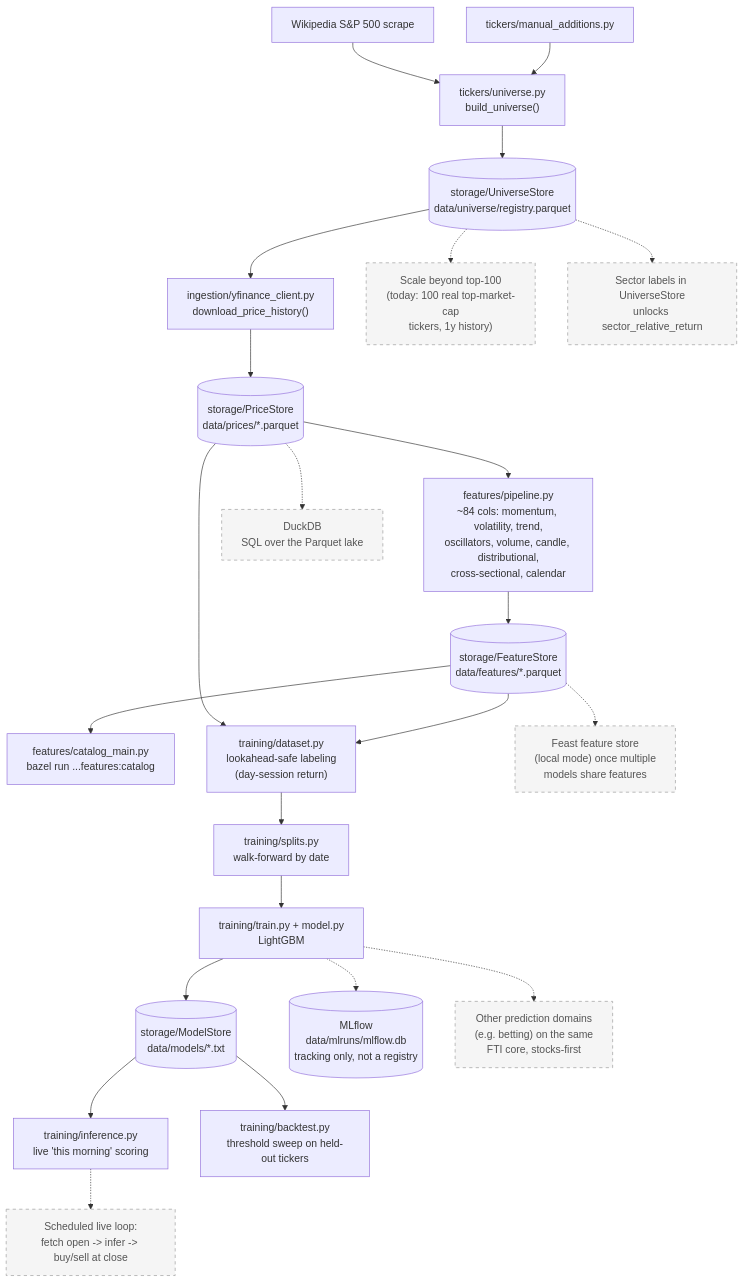
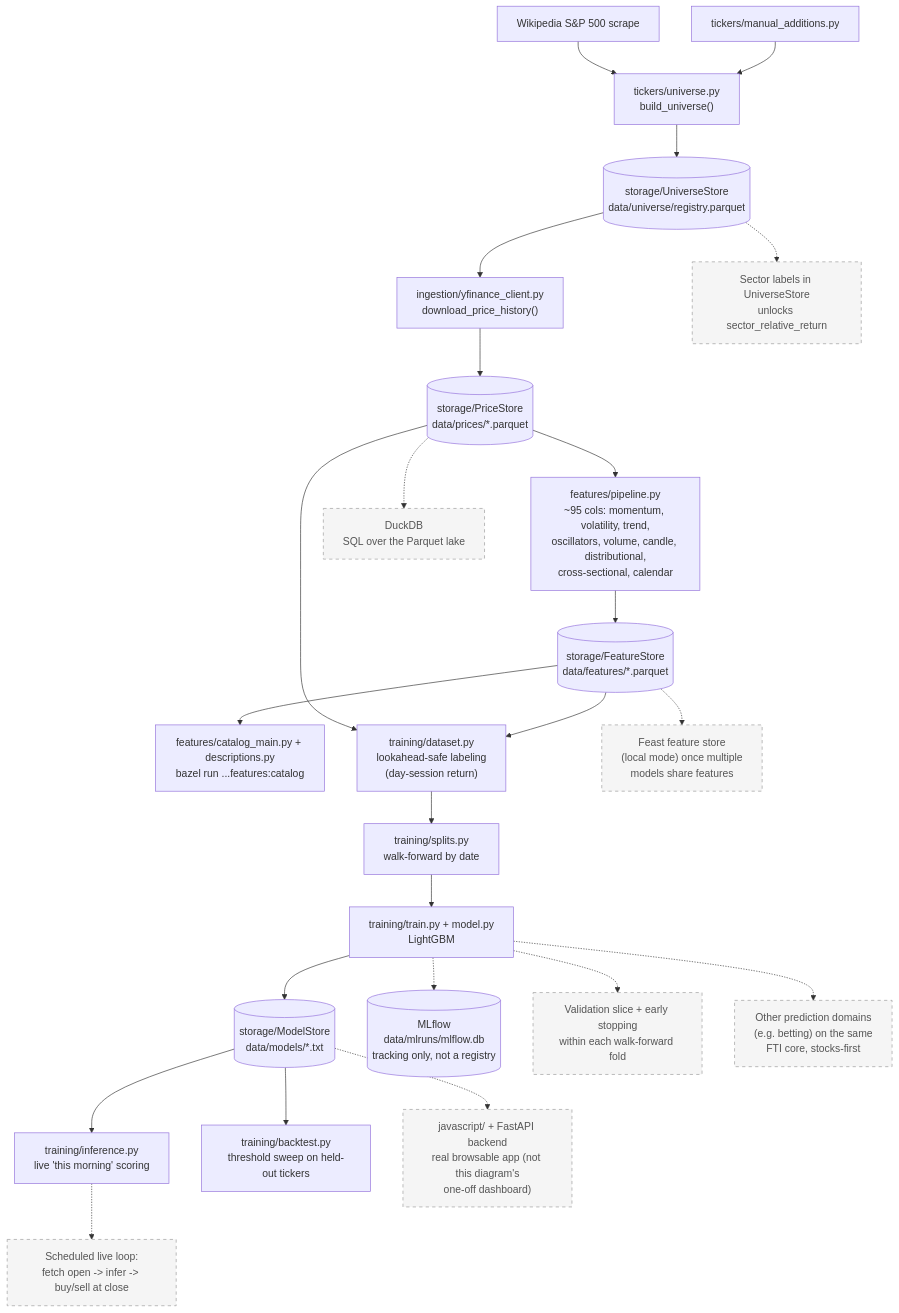
Before and after one commit to fartzy/stock-picker: the diagram in README.md, drawn with Mermaid. The commit also changed other lines of this file and 13 other files, not shown here.

````diff
--- a/README.md
+++ b/README.md
@@ -11,55 +11,57 @@
 ```mermaid
 flowchart TB
     WIKI["Wikipedia S&amp;P 500 scrape"]
     MANUAL["tickers/manual_additions.py"]
     BUILDUNIV["tickers/universe.py<br/>build_universe()"]
     YF["ingestion/yfinance_client.py<br/>download_price_history()"]
 
     US[("storage/UniverseStore<br/>data/universe/registry.parquet")]
     PS[("storage/PriceStore<br/>data/prices/*.parquet")]
     FS[("storage/FeatureStore<br/>data/features/*.parquet")]
     MS[("storage/ModelStore<br/>data/models/*.txt")]
 
-    FEATPIPE["features/pipeline.py<br/>~84 cols: momentum, volatility, trend,<br/>oscillators, volume, candle, distributional,<br/>cross-sectional, calendar"]
-    CATALOG["features/catalog_main.py<br/>bazel run ...features:catalog"]
+    FEATPIPE["features/pipeline.py<br/>~95 cols: momentum, volatility, trend,<br/>oscillators, volume, candle, distributional,<br/>cross-sectional, calendar"]
+    CATALOG["features/catalog_main.py + descriptions.py<br/>bazel run ...features:catalog"]
 
     DATASET["training/dataset.py<br/>lookahead-safe labeling<br/>(day-session return)"]
     SPLITS["training/splits.py<br/>walk-forward by date"]
     TRAIN["training/train.py + model.py<br/>LightGBM"]
     INFER["training/inference.py<br/>live 'this morning' scoring"]
     BACKTEST["training/backtest.py<br/>threshold sweep on held-out tickers"]
     MLFLOW[("MLflow<br/>data/mlruns/mlflow.db<br/>tracking only, not a registry")]
 
     WIKI --> BUILDUNIV
     MANUAL --> BUILDUNIV
     BUILDUNIV --> US
     US --> YF
     YF --> PS
     PS --> FEATPIPE
     FEATPIPE --> FS
     PS --> DATASET
     FS --> DATASET
     DATASET --> SPLITS --> TRAIN
     TRAIN --> MS
     TRAIN -.-> MLFLOW
     MS --> INFER
     MS --> BACKTEST
     FS --> CATALOG
 
-    TOP500["Scale beyond top-100<br/>(today: 100 real top-market-cap<br/>tickers, 1y history)"]
     SECTOR["Sector labels in UniverseStore<br/>unlocks sector_relative_return"]
+    VALSET["Validation slice + early stopping<br/>within each walk-forward fold"]
     FEAST["Feast feature store<br/>(local mode) once multiple<br/>models share features"]
     DUCKDB["DuckDB<br/>SQL over the Parquet lake"]
     LIVE["Scheduled live loop:<br/>fetch open -> infer -> buy/sell at close"]
+    WEBUI["javascript/ + FastAPI backend<br/>real browsable app (not this diagram's<br/>one-off dashboard)"]
     MULTI["Other prediction domains<br/>(e.g. betting) on the same<br/>FTI core, stocks-first"]
 
-    US -.-> TOP500
     US -.-> SECTOR
+    TRAIN -.-> VALSET
     FS -.-> FEAST
     PS -.-> DUCKDB
     INFER -.-> LIVE
+    MS -.-> WEBUI
     TRAIN -.-> MULTI
 
     classDef planned stroke-dasharray: 5 5,fill:#f5f5f5,stroke:#999,color:#555;
-    class TOP500,SECTOR,FEAST,DUCKDB,LIVE,MULTI planned;
+    class SECTOR,VALSET,FEAST,DUCKDB,LIVE,WEBUI,MULTI planned;
 ```
````
